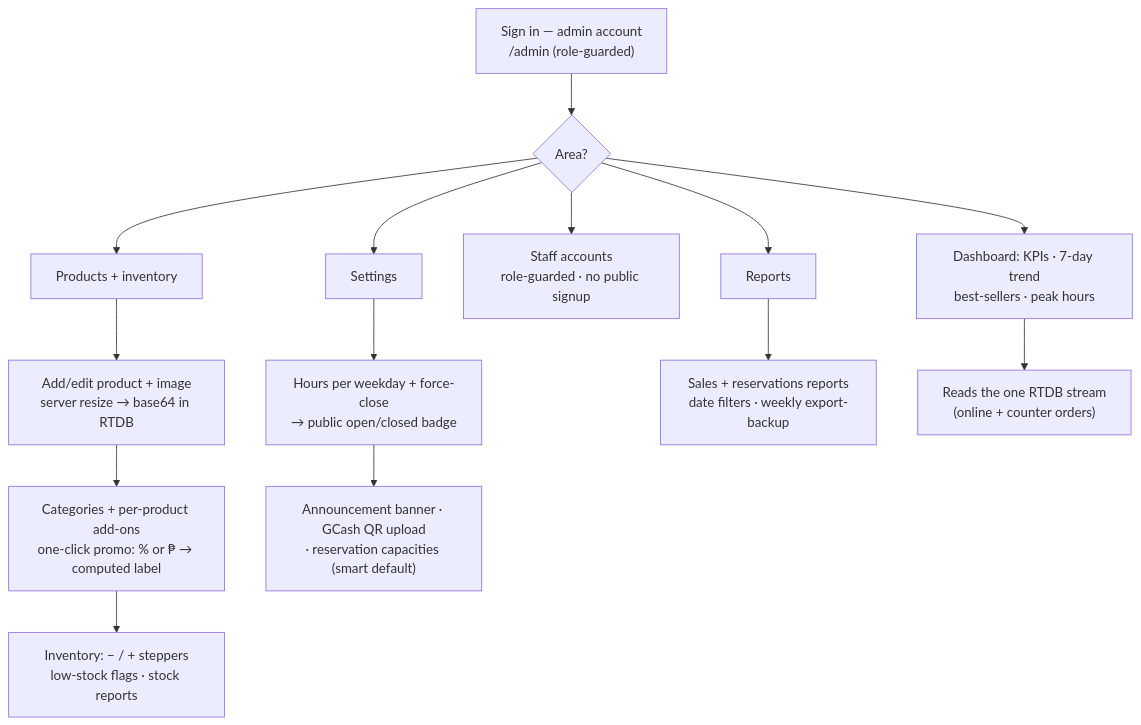
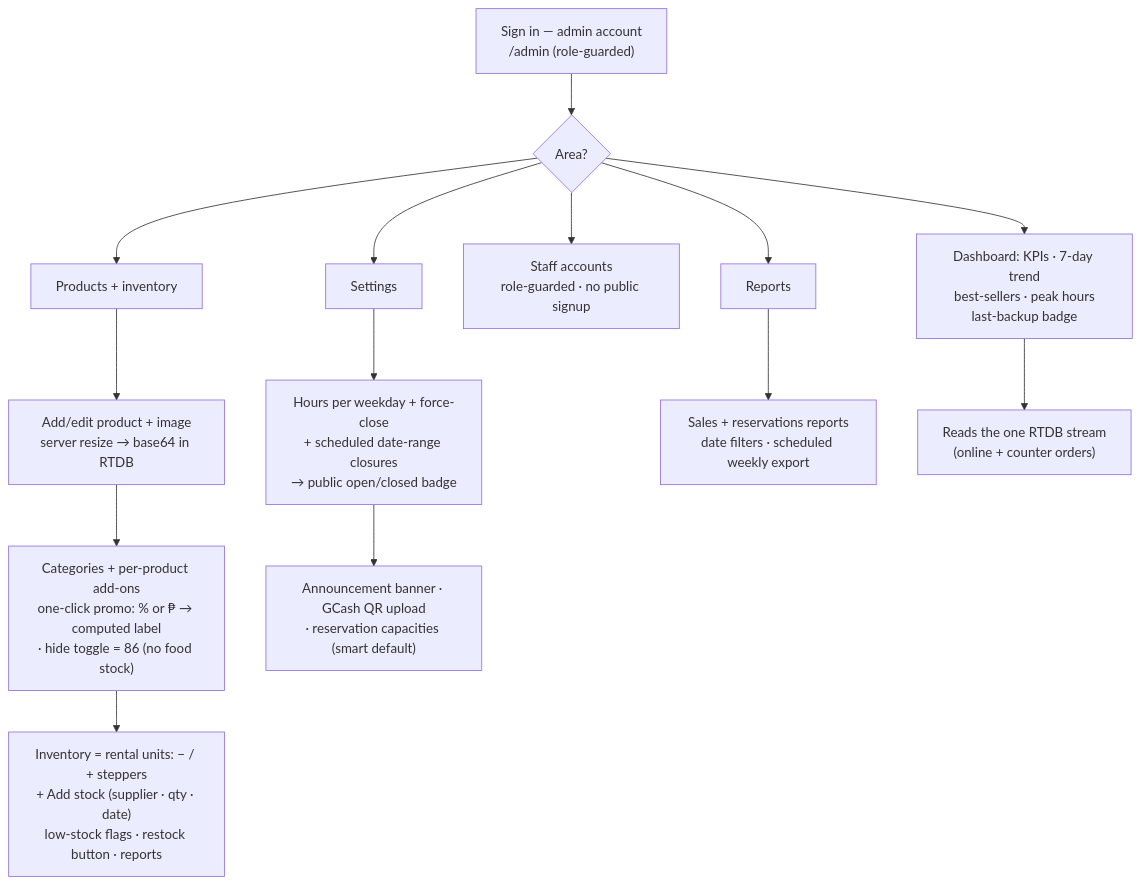
One commit to S1NXIAN/CRNP changed the diagram in docs/flow-charts/admin.md. Above: the diagram before and after it, drawn with Mermaid. The commit also changed 4 other files, not shown here.

````diff
--- a/docs/flow-charts/admin.md
+++ b/docs/flow-charts/admin.md
@@ -3,16 +3,16 @@
 ```mermaid
 flowchart TD
     A["Sign in — admin account<br/>/admin (role-guarded)"] --> B{"Area?"}
-    B --> C["Dashboard: KPIs · 7-day trend<br/>best-sellers · peak hours"]
+    B --> C["Dashboard: KPIs · 7-day trend<br/>best-sellers · peak hours<br/>last-backup badge"]
     B --> D["Products + inventory"]
     B --> SA["Staff accounts<br/>role-guarded · no public signup"]
     B --> E["Settings"]
     B --> F["Reports"]
     D --> D1["Add/edit product + image<br/>server resize → base64 in RTDB"]
-    D1 --> D2["Categories + per-product add-ons<br/>one-click promo: % or ₱ → computed label"]
-    D2 --> D3["Inventory: − / + steppers<br/>low-stock flags · stock reports"]
-    E --> E1["Hours per weekday + force-close<br/>→ public open/closed badge"]
+    D1 --> D2["Categories + per-product add-ons<br/>one-click promo: % or ₱ → computed label<br/>· hide toggle = 86 (no food stock)"]
+    D2 --> D3["Inventory = rental units: − / + steppers<br/>+ Add stock (supplier · qty · date)<br/>low-stock flags · restock button · reports"]
+    E --> E1["Hours per weekday + force-close<br/>+ scheduled date-range closures<br/>→ public open/closed badge"]
     E1 --> E2["Announcement banner · GCash QR upload<br/>· reservation capacities (smart default)"]
-    F --> F1["Sales + reservations reports<br/>date filters · weekly export-backup"]
+    F --> F1["Sales + reservations reports<br/>date filters · scheduled weekly export"]
     C --> G["Reads the one RTDB stream<br/>(online + counter orders)"]
 ```
````
